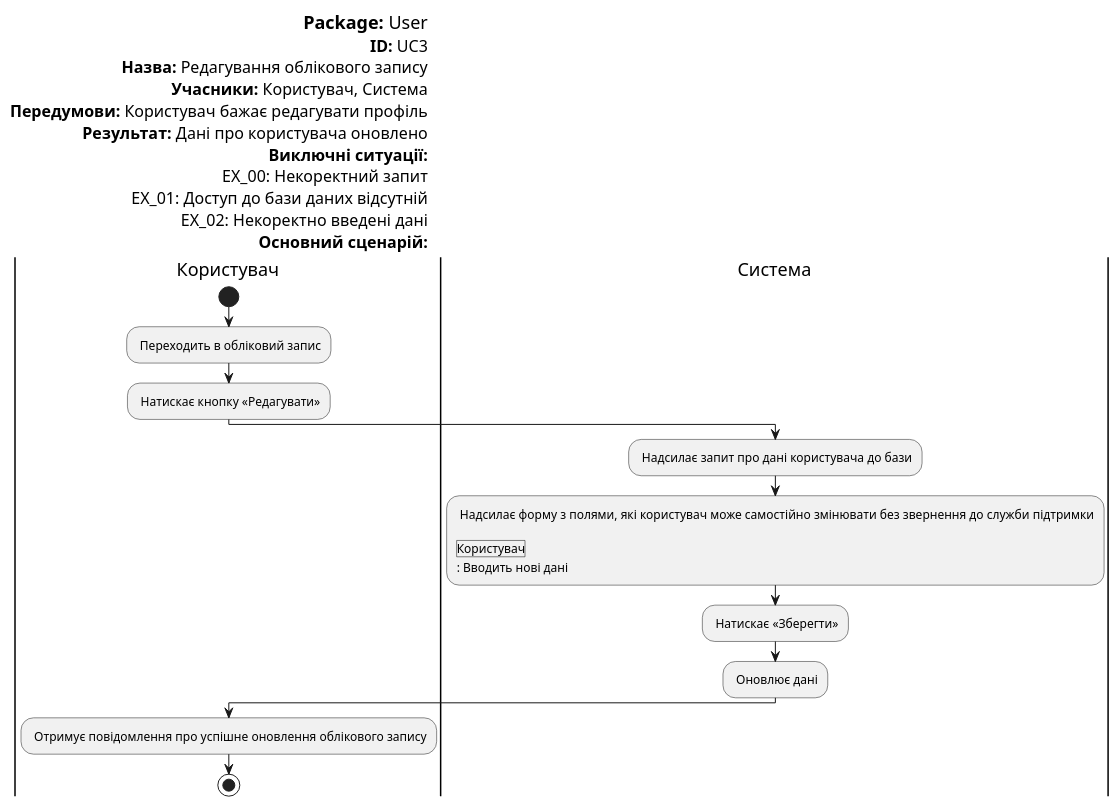
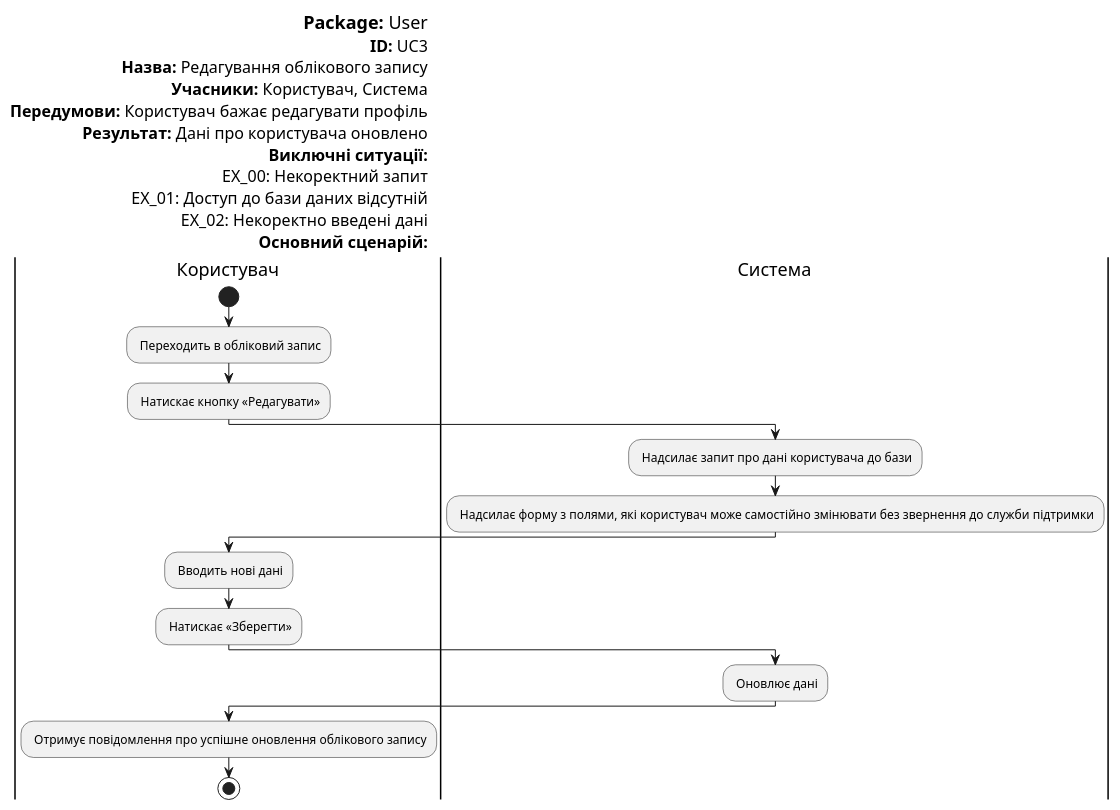
One commit to yehorbk/kpi-programming changed the diagram in UML/user/Diagrams/UC3.pu. Above: the diagram before and after it, drawn with PlantUML.

```diff
--- a/UML/user/Diagrams/UC3.pu
+++ b/UML/user/Diagrams/UC3.pu
@@ -1,46 +1,46 @@
 @startuml 
 
 left header
 <font color=000 size=18><b>Package:</b> User
 <font color=000 size=16><b>ID:</b> UC3
 <font color=000 size=16><b>Назва:</b> Редагування облікового запису
 <font color=000 size=16><b>Учасники:</b> Користувач, Система
 <font color=000 size=16><b>Передумови:</b> Користувач бажає редагувати профіль
 <font color=000 size=16><b>Результат:</b> Дані про користувача оновлено
 <font color=000 size=16><b>Виключні ситуації:</b>
 <font color=000 size=16>EX_00: Некоректний запит
 <font color=000 size=16>EX_01: Доступ до бази даних відсутній
 <font color=000 size=16>EX_02: Некоректно введені дані
 <font color=000 size=16><b>Основний сценарій:</b>
 end header
 
 skinparam	shadowing false
 skinparam Note {
 	BackgroundColor #f85658
 	FontColor #ffffff
 }
 
 |Користувач|
 start
 : Переходить в обліковий запис;
 
 : Натискає кнопку «Редагувати»;
 
 |Система|
 : Надсилає запит про дані користувача до бази;
 
-: Надсилає форму з полями, які користувач може самостійно змінювати без звернення до служби підтримки
+: Надсилає форму з полями, які користувач може самостійно змінювати без звернення до служби підтримки;
 
 |Користувач|
 : Вводить нові дані;
 
 : Натискає «Зберегти»;
 
 |Система|
 : Оновлює дані;
 
 |Користувач|
 : Отримує повідомлення про успішне оновлення облікового запису;
 
 stop;
 @enduml
```
